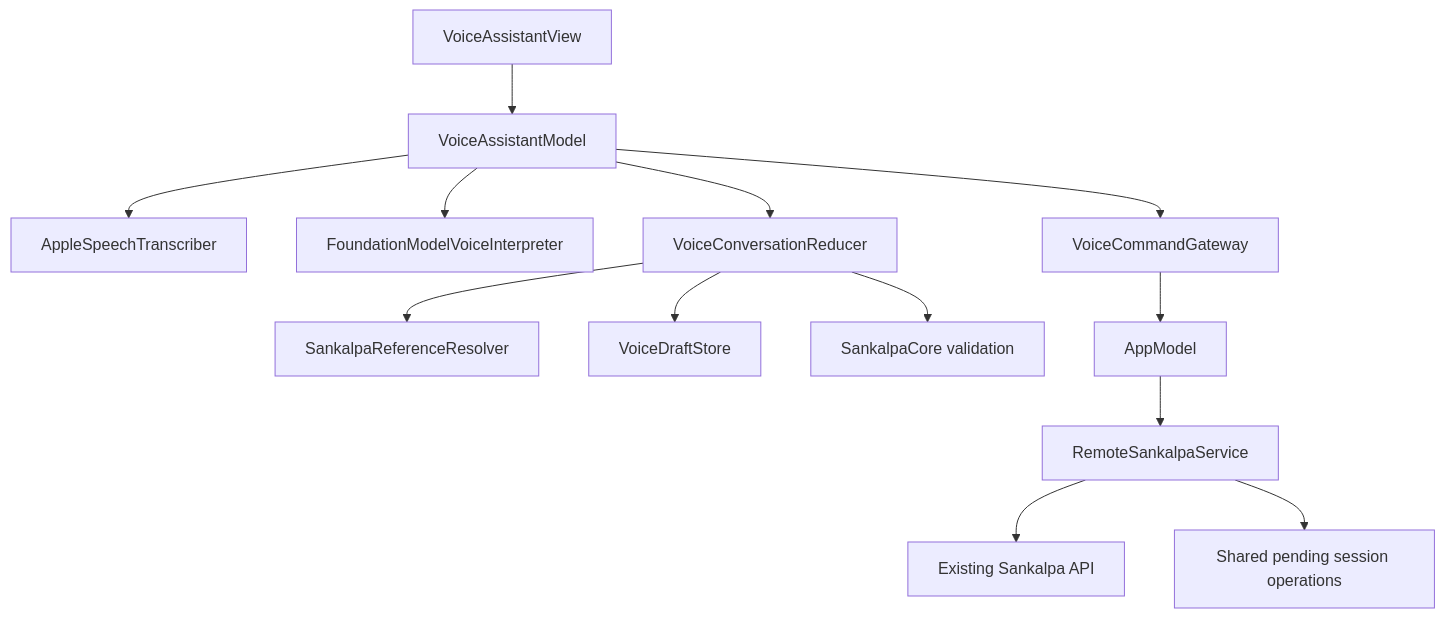
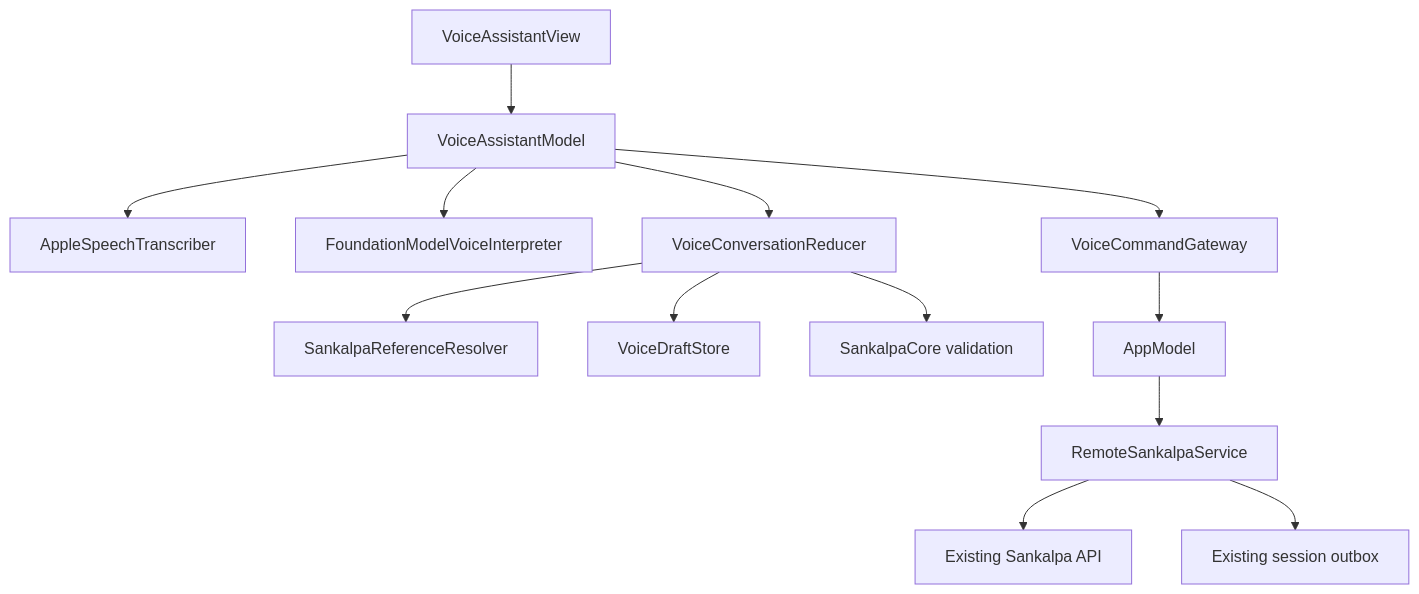
Before and after one commit to pswani/sankalpa: the diagram in docs/design/voice/README.md, drawn with Mermaid. The commit also changed other lines of this file and 36 other files, not shown here.

````diff
--- a/docs/design/voice/README.md
+++ b/docs/design/voice/README.md
@@ -71,15 +77,15 @@
 ```mermaid
 flowchart TD
     V["VoiceAssistantView"] --> VM["VoiceAssistantModel"]
     VM --> S["AppleSpeechTranscriber"]
     VM --> I["FoundationModelVoiceInterpreter"]
     VM --> R["VoiceConversationReducer"]
     R --> M["SankalpaReferenceResolver"]
     R --> D["VoiceDraftStore"]
     VM --> G["VoiceCommandGateway"]
     G --> A["AppModel"]
     A --> RS["RemoteSankalpaService"]
     RS --> API["Existing Sankalpa API"]
-    RS --> O["Shared pending session operations"]
+    RS --> O["Existing session outbox"]
     R --> C["SankalpaCore validation"]
 ```
````
